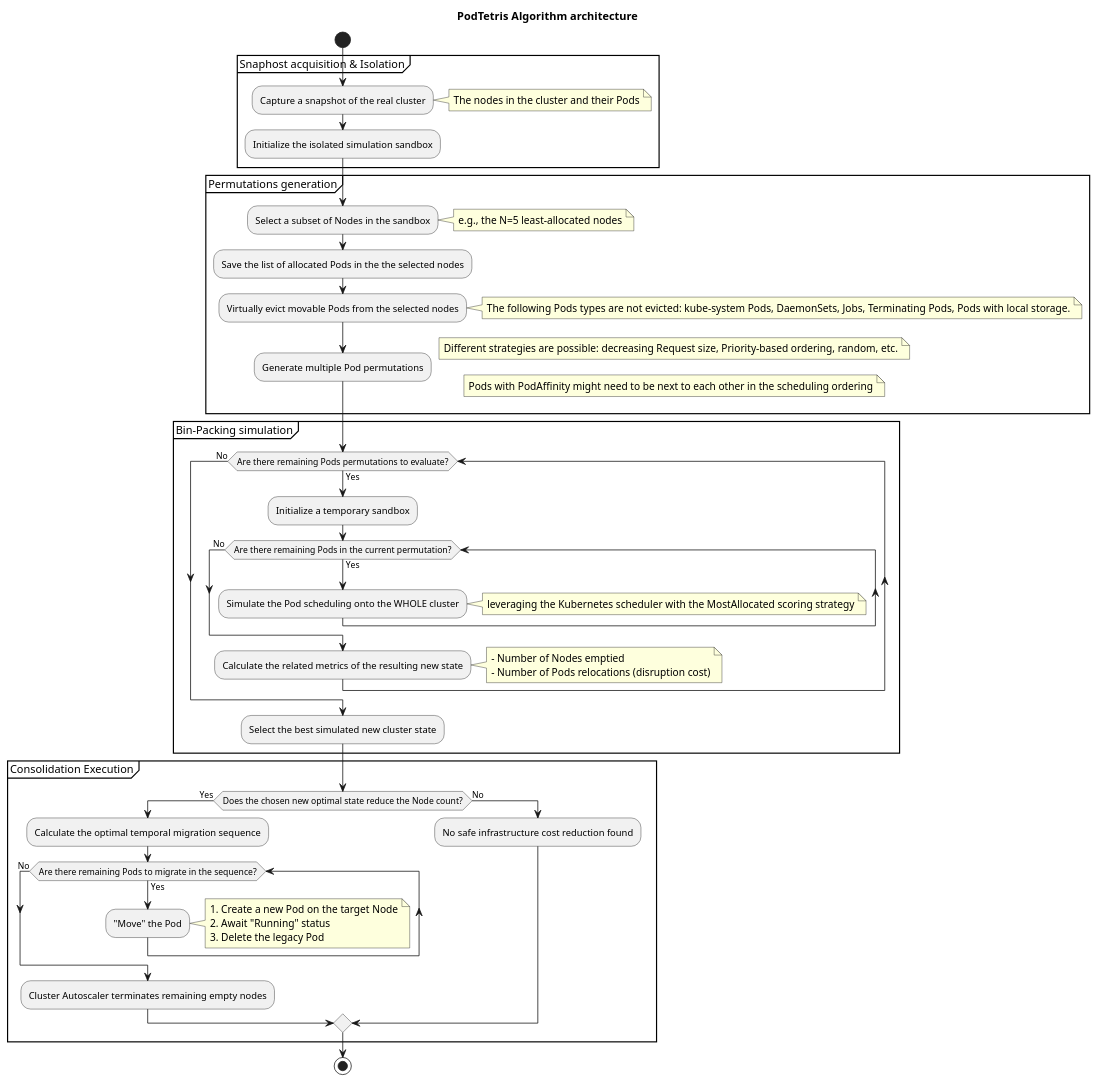
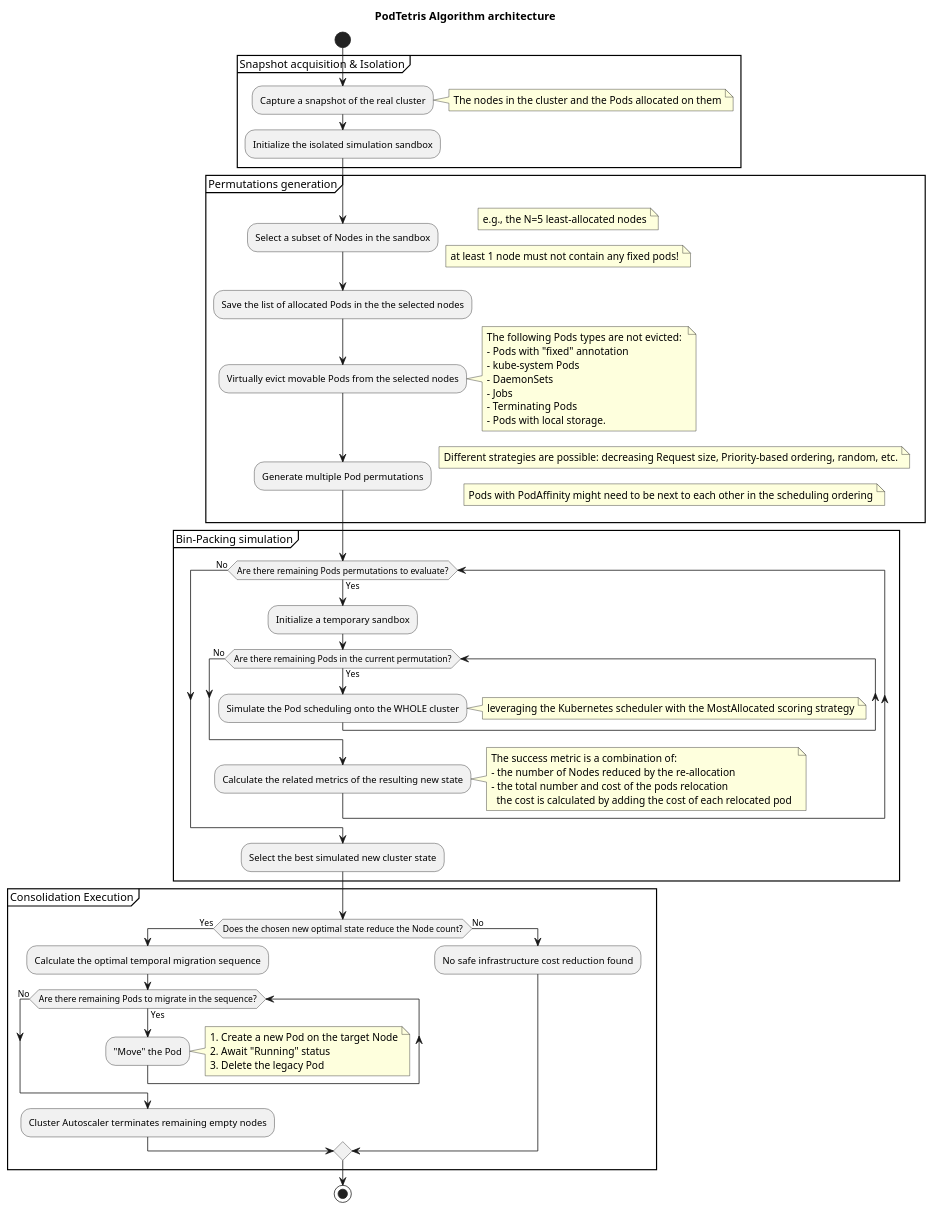
One commit to andreabuon/podtetris changed the diagram in docs/algorithm-plantUML.puml. Above: the diagram before and after it, drawn with PlantUML.

Commit message:
docs(plantUML): improve algorithm documentation

```diff
--- a/docs/algorithm-plantUML.puml
+++ b/docs/algorithm-plantUML.puml
@@ -1,61 +1,72 @@
 @startuml
 
 title PodTetris Algorithm architecture
 
 start
 
-partition "Snaphost acquisition & Isolation" {
+partition "Snapshot acquisition & Isolation" {
     :Capture a snapshot of the real cluster;
-    note right: The nodes in the cluster and their Pods
+    note right: The nodes in the cluster and the Pods allocated on them
     :Initialize the isolated simulation sandbox;
 }
 
 partition "Permutations generation" {
     :Select a subset of Nodes in the sandbox;
     note right: e.g., the N=5 least-allocated nodes
+    note right: at least 1 node must not contain any fixed pods!
     :Save the list of allocated Pods in the the selected nodes;
     :Virtually evict movable Pods from the selected nodes;
-    note right: The following Pods types are not evicted: kube-system Pods, DaemonSets, Jobs, Terminating Pods, Pods with local storage.
+    note right
+    The following Pods types are not evicted: 
+    - Pods with "fixed" annotation
+    - kube-system Pods
+    - DaemonSets
+    - Jobs
+    - Terminating Pods
+    - Pods with local storage.
+    end note
     :Generate multiple Pod permutations;
     note right: Different strategies are possible: decreasing Request size, Priority-based ordering, random, etc.
     note right: Pods with PodAffinity might need to be next to each other in the scheduling ordering
 }
 
 partition "Bin-Packing simulation" {
     while (Are there remaining Pods permutations to evaluate?) is (Yes)
         :Initialize a temporary sandbox;
         while (Are there remaining Pods in the current permutation?) is (Yes)
             :Simulate the Pod scheduling onto the WHOLE cluster;
             note right: leveraging the Kubernetes scheduler with the MostAllocated scoring strategy
         endwhile (No)
         :Calculate the related metrics of the resulting new state;
         note right
-            - Number of Nodes emptied
-            - Number of Pods relocations (disruption cost)
-        endnote
+        The success metric is a combination of: 
+        - the number of Nodes reduced by the re-allocation
+        - the total number and cost of the pods relocation
+          the cost is calculated by adding the cost of each relocated pod 
+        end note
     endwhile (No)
     
     :Select the best simulated new cluster state;
 }
 
 partition "Consolidation Execution" {
     if (Does the chosen new optimal state reduce the Node count?) then (Yes)
         :Calculate the optimal temporal migration sequence;
         
         while (Are there remaining Pods to migrate in the sequence?) is (Yes)
             :"Move" the Pod;
             note right
                 1. Create a new Pod on the target Node
                 2. Await "Running" status
                 3. Delete the legacy Pod
             endnote
         endwhile (No)
         
         :Cluster Autoscaler terminates remaining empty nodes;
     else (No)
         :No safe infrastructure cost reduction found;
     endif
 }
 
 stop
 @endum
```
